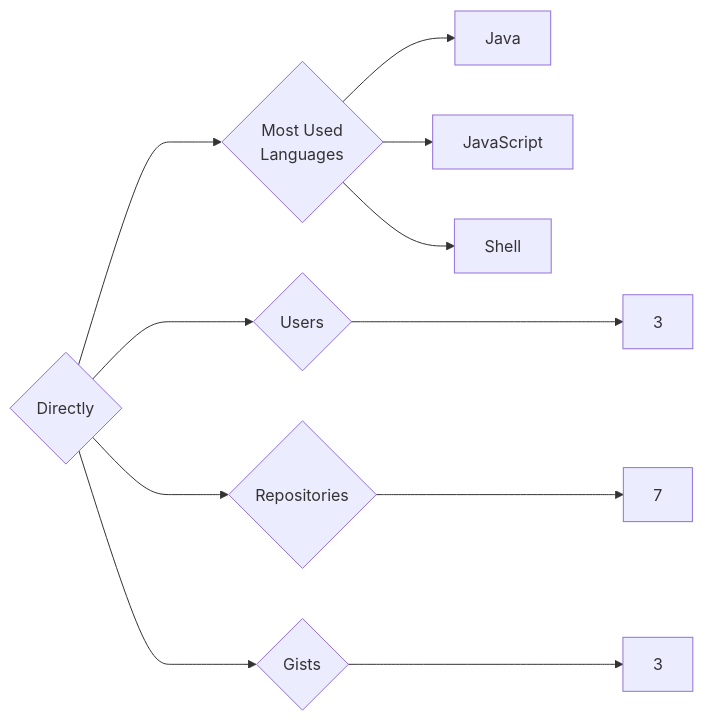
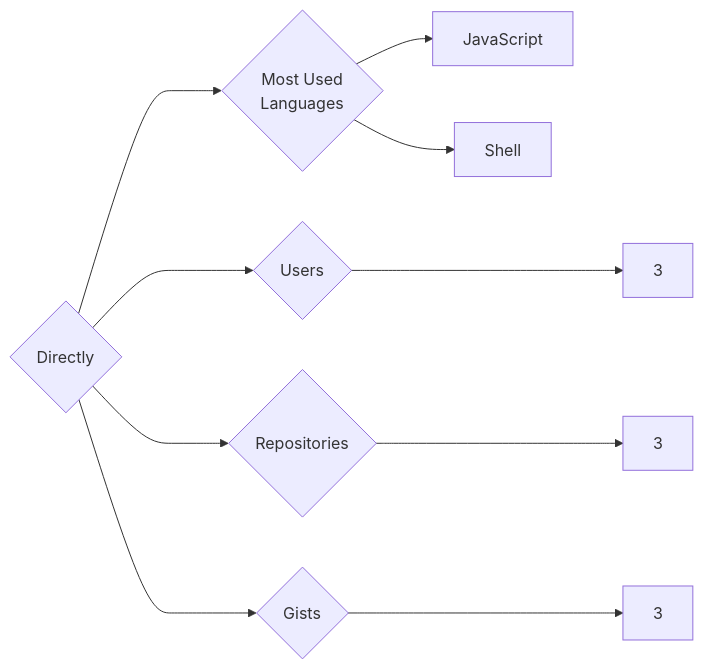
The diagram in targets/Directly/README.md (trickest/insiders), drawn with Mermaid before and after one commit. The commit also changed 720 other files, not shown here.

````diff
--- a/targets/Directly/README.md
+++ b/targets/Directly/README.md
@@ -3,11 +3,10 @@
 ```mermaid
 graph LR
 COMPANY_NAME{Directly}
 COMPANY_NAME ---> U{Users} ---> UN[3]
-COMPANY_NAME ---> R{Repositories} ---> RN[7]
+COMPANY_NAME ---> R{Repositories} ---> RN[3]
 COMPANY_NAME ---> G{Gists} ---> GN[3]
 COMPANY_NAME ---> ML{Most Used<br>Languages}
-ML --> Java[Java]
 ML --> JavaScript[JavaScript]
 ML --> Shell[Shell]
 ```
````
